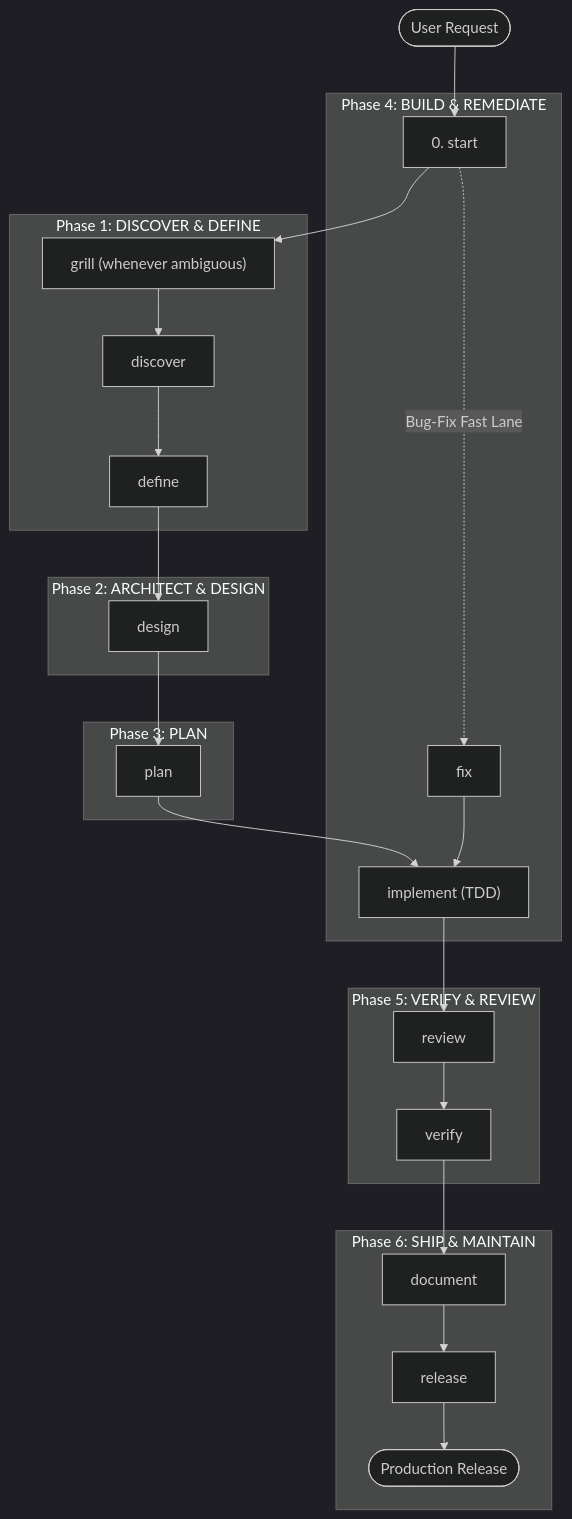
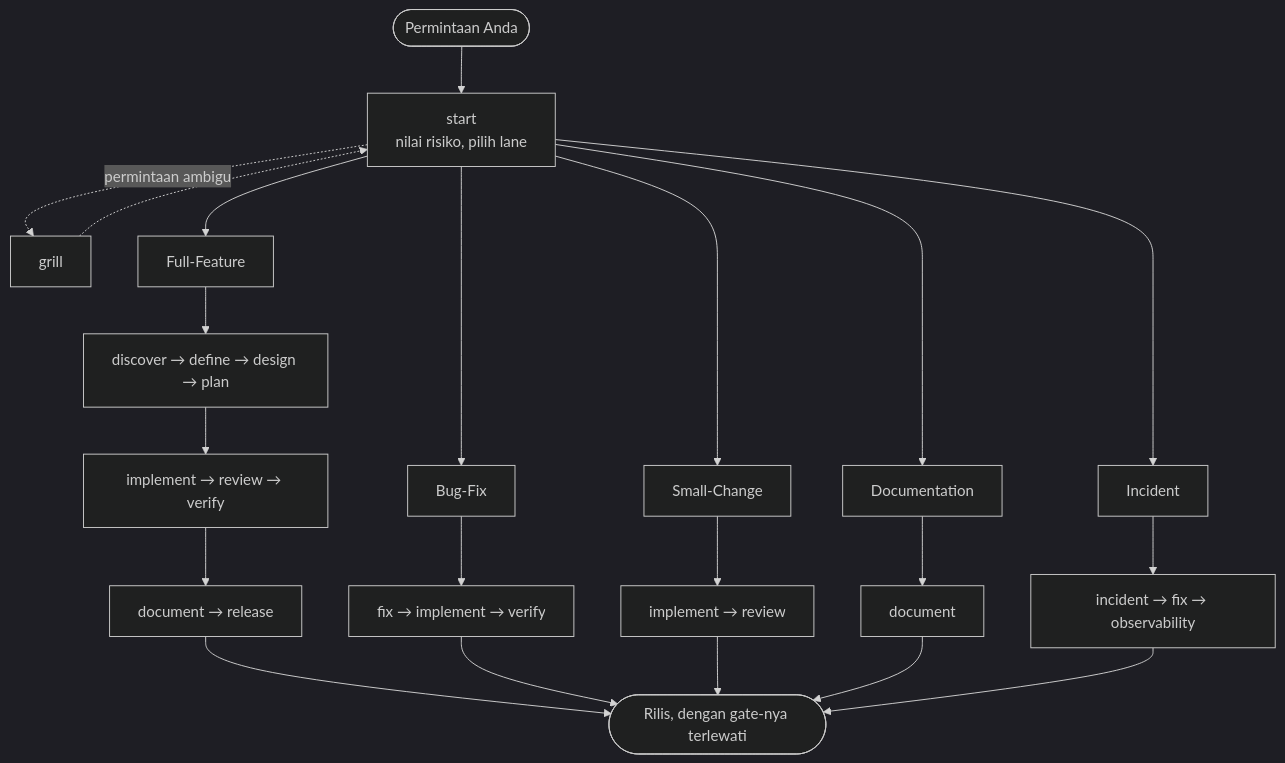
Before and after one commit to coderbuzz/agent-toolkit: the diagram in README.id.md, drawn with Mermaid (dark theme). The commit also changed other lines of this file and 3 other files, not shown here.

````diff
--- a/README.id.md
+++ b/README.id.md
@@ -189,35 +124,27 @@
 ```mermaid
 flowchart TD
-    Start([User Request]) --> Router["0. start"]
-    Router --> Grill["grill (whenever ambiguous)"]
+    Req([Permintaan Anda]) --> Start["start<br/>nilai risiko, pilih lane"]
+    Start -.->|permintaan ambigu| Grill["grill"]
+    Grill -.-> Start
 
-    subgraph Phase 1: DISCOVER & DEFINE
-        Grill --> Discover["discover"]
-        Discover --> Define["define"]
-    end
+    Start --> FF["Full-Feature"]
+    Start --> BF["Bug-Fix"]
+    Start --> SC["Small-Change"]
+    Start --> DC["Documentation"]
+    Start --> IN["Incident"]
 
-    subgraph Phase 2: ARCHITECT & DESIGN
-        Define --> Design["design"]
-    end
+    FF --> FFa["discover → define → design → plan"]
+    FFa --> FFb["implement → review → verify"]
+    FFb --> FFc["document → release"]
 
-    subgraph Phase 3: PLAN
-        Design --> Plan["plan"]
-    end
+    BF --> BFa["fix → implement → verify"]
+    SC --> SCa["implement → review"]
+    DC --> DCa["document"]
+    IN --> INa["incident → fix → observability"]
 
-    subgraph Phase 4: BUILD & REMEDIATE
-        Plan --> Implement["implement (TDD)"]
-        Router -. Bug-Fix Fast Lane .-> Fix["fix"]
-        Fix --> Implement
-    end
-
-    subgraph Phase 5: VERIFY & REVIEW
-        Implement --> Review["review"]
-        Review --> Verify["verify"]
-    end
-
-    subgraph Phase 6: SHIP & MAINTAIN
-        Verify --> Document["document"]
-        Document --> Release["release"]
-        Release --> Done([Production Release])
-    end
+    FFc --> Done([Rilis, dengan gate-nya terlewati])
+    BFa --> Done
+    SCa --> Done
+    DCa --> Done
+    INa --> Done
 ```
````
